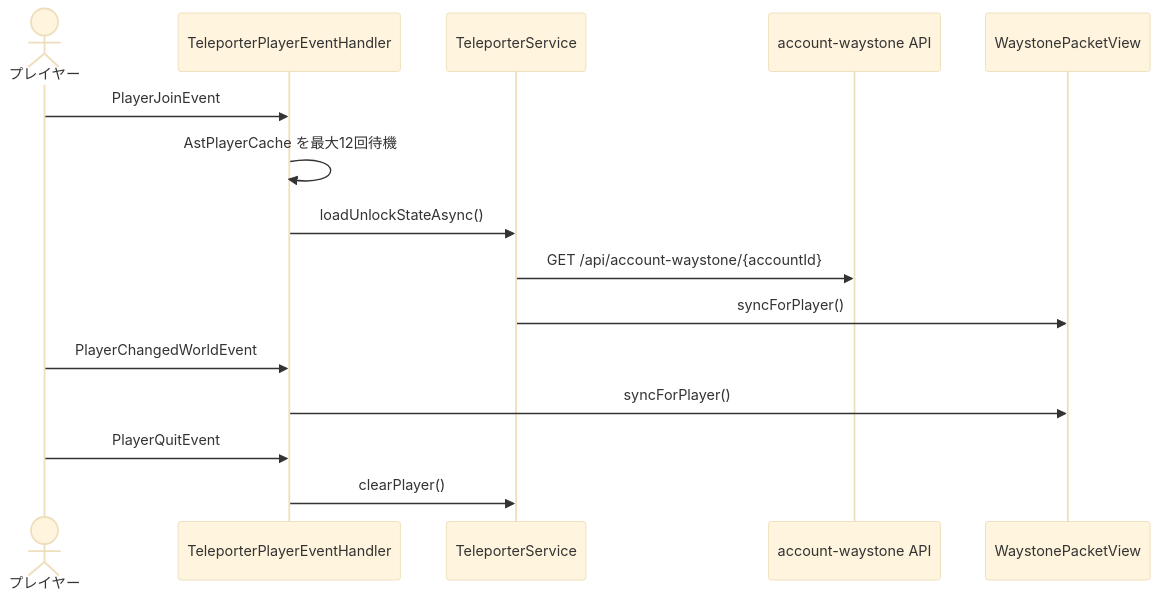
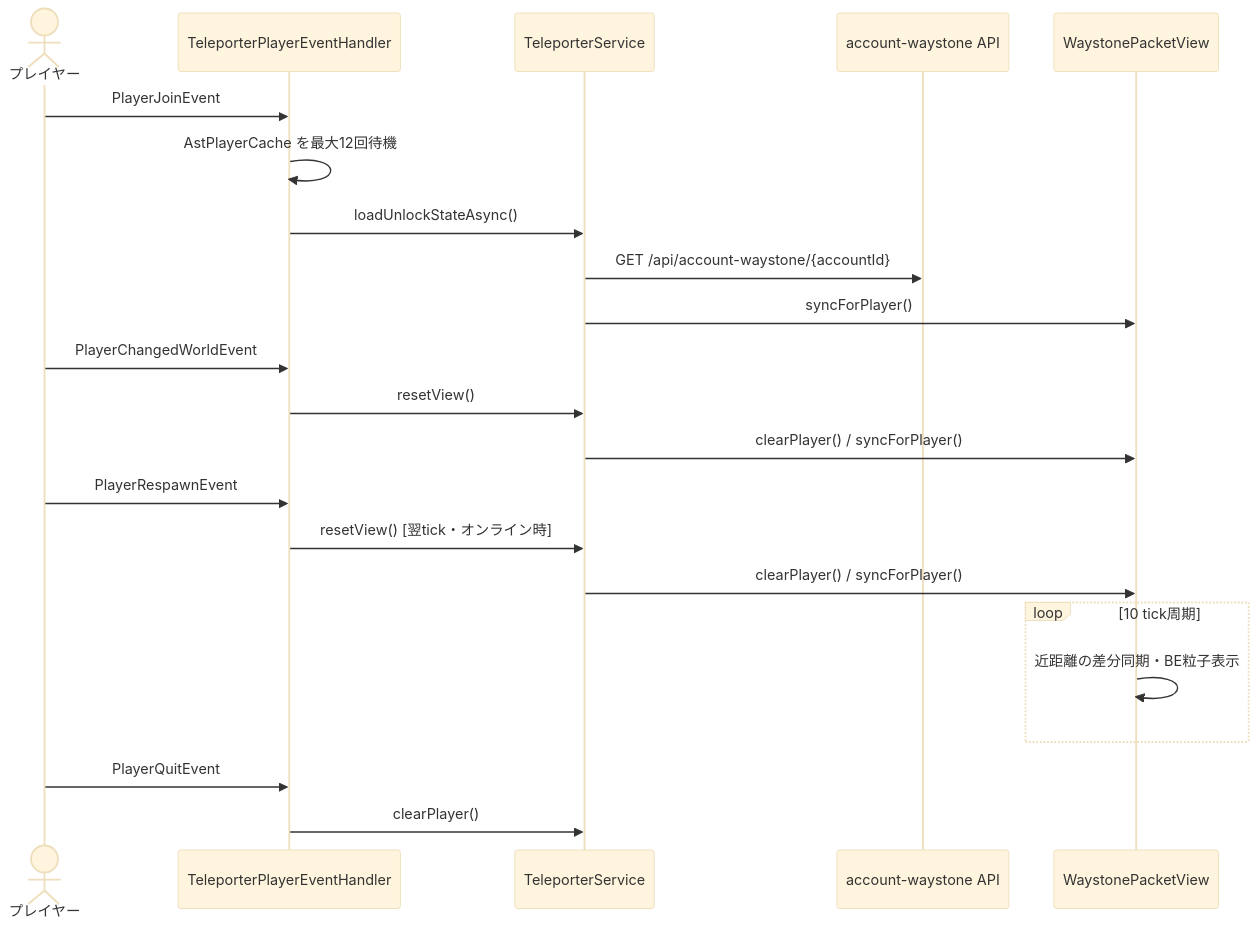
The fifth of 5 diagrams in 00_docs/10_Plugin設計書/feature/25-teleporter/25_4-統合フロー.md (maaasu/AstralRecord-Workspace), drawn with Mermaid (base theme) before and after one commit. The commit also changed other lines of this file and 9 other files, not shown here.

````diff
--- a/00_docs/10_Plugin設計書/feature/25-teleporter/25_4-統合フロー.md
+++ b/00_docs/10_Plugin設計書/feature/25-teleporter/25_4-統合フロー.md
@@ -157,17 +157,24 @@
 ```mermaid
 sequenceDiagram
     actor Player as プレイヤー
     participant Event as TeleporterPlayerEventHandler
     participant Service as TeleporterService
     participant API as account-waystone API
     participant View as WaystonePacketView
     Player->>Event: PlayerJoinEvent
     Event->>Event: AstPlayerCache を最大12回待機
     Event->>Service: loadUnlockStateAsync()
     Service->>API: GET /api/account-waystone/{accountId}
     Service->>View: syncForPlayer()
     Player->>Event: PlayerChangedWorldEvent
-    Event->>View: syncForPlayer()
+    Event->>Service: resetView()
+    Service->>View: clearPlayer() / syncForPlayer()
+    Player->>Event: PlayerRespawnEvent
+    Event->>Service: resetView() [翌tick・オンライン時]
+    Service->>View: clearPlayer() / syncForPlayer()
+    loop 10 tick周期
+        View->>View: 近距離の差分同期・BE粒子表示
+    end
     Player->>Event: PlayerQuitEvent
     Event->>Service: clearPlayer()
 ```
````
